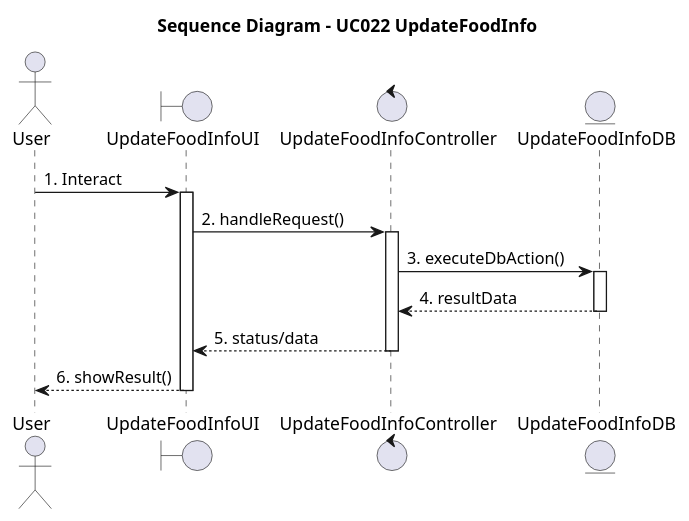
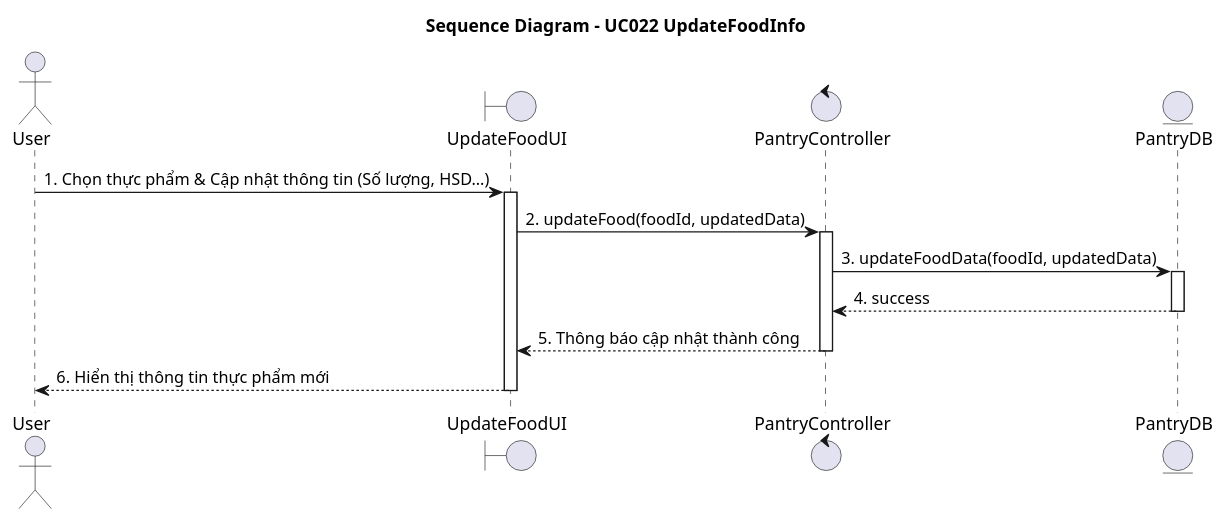
The diagram in diagrams/Module_4_Pantry/UC022_Cập_nhật_thông_tin_thực_phẩm_Sequence.puml (Alt2210/NaviMart), drawn with PlantUML before and after one commit. The commit also changed 31 other files, not shown here.

```diff
--- a/diagrams/Module_4_Pantry/UC022_Cập_nhật_thông_tin_thực_phẩm_Sequence.puml
+++ b/diagrams/Module_4_Pantry/UC022_Cập_nhật_thông_tin_thực_phẩm_Sequence.puml
@@ -1,21 +1,21 @@
 @startuml
 title Sequence Diagram - UC022 UpdateFoodInfo
 
 actor "User" as Actor
-boundary "UpdateFoodInfoUI" as UI
-control "UpdateFoodInfoController" as Controller
-entity "UpdateFoodInfoDB" as Entity
+boundary "UpdateFoodUI" as UI
+control "PantryController" as Controller
+entity "PantryDB" as Entity
 
-Actor -> UI : 1. Interact
+Actor -> UI : 1. Chọn thực phẩm & Cập nhật thông tin (Số lượng, HSD...)
 activate UI
-UI -> Controller : 2. handleRequest()
+UI -> Controller : 2. updateFood(foodId, updatedData)
 activate Controller
-Controller -> Entity : 3. executeDbAction()
+Controller -> Entity : 3. updateFoodData(foodId, updatedData)
 activate Entity
-Entity --> Controller : 4. resultData
+Entity --> Controller : 4. success
 deactivate Entity
-Controller --> UI : 5. status/data
+Controller --> UI : 5. Thông báo cập nhật thành công
 deactivate Controller
-UI --> Actor : 6. showResult()
+UI --> Actor : 6. Hiển thị thông tin thực phẩm mới
 deactivate UI
 @enduml
```
